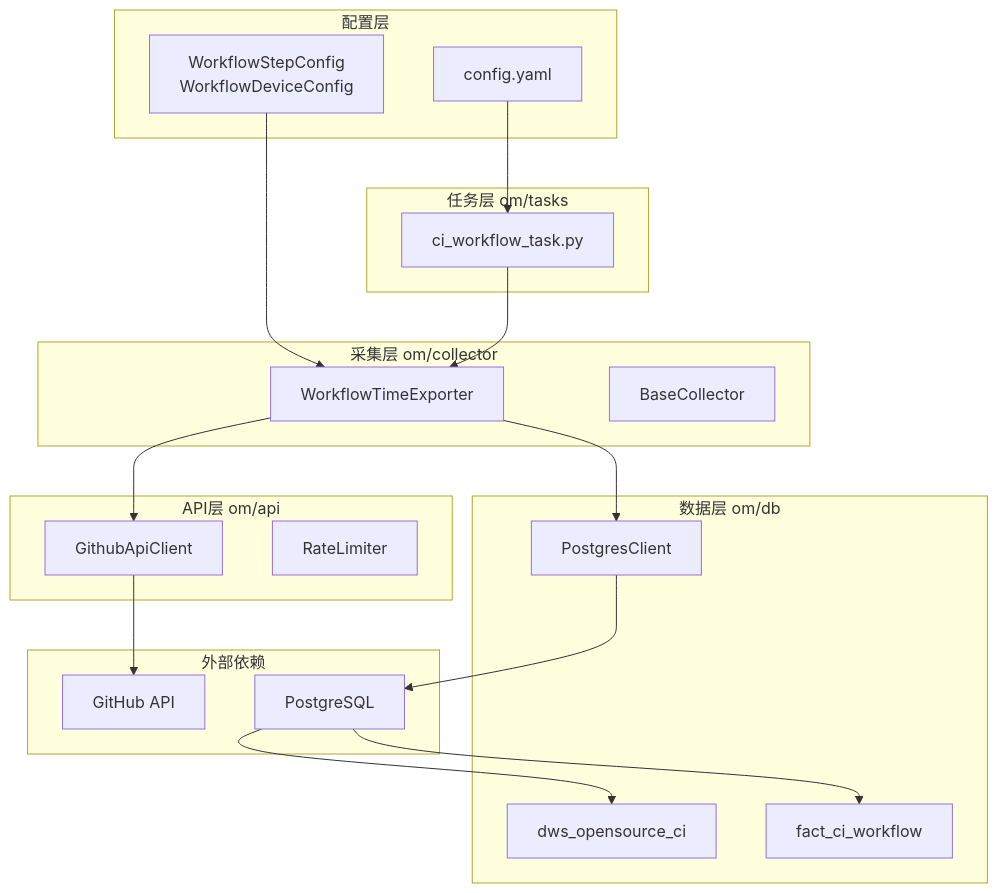
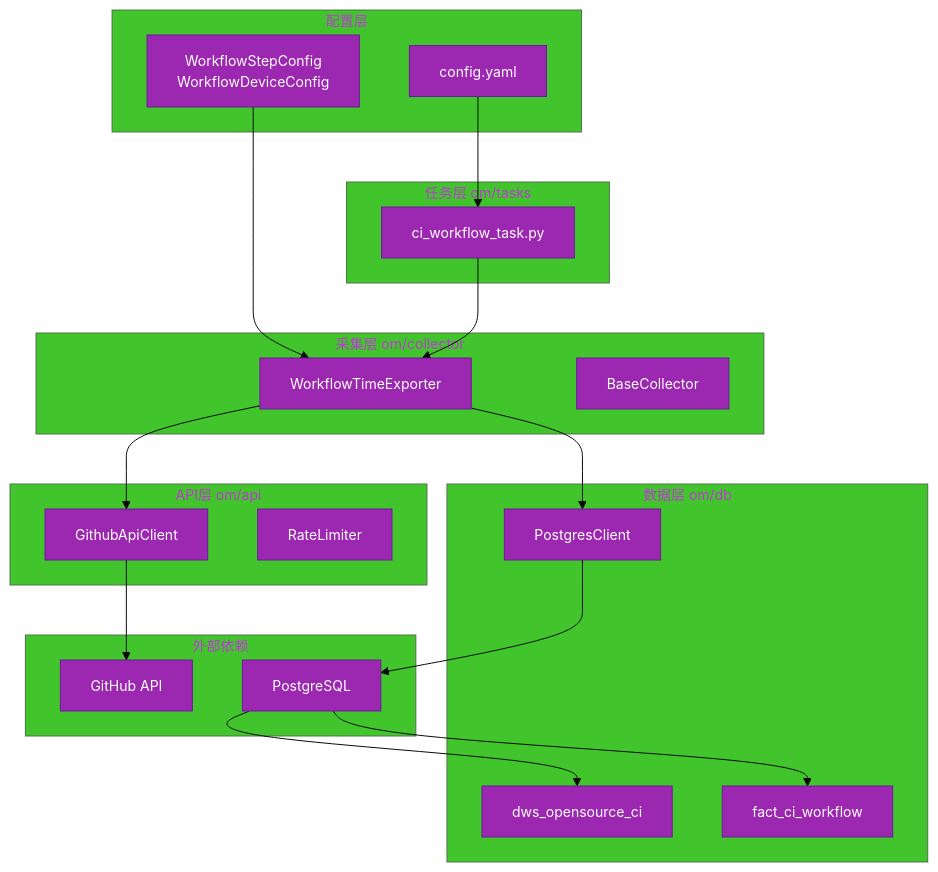
The first of 2 diagrams in opensourceways/backlog/issue_docs/148/Architecture Desgin/#148 Architecture Design Specification.md (GeorgeCao-hw/backlog-test), drawn with Mermaid before and after one commit. The commit also changed other lines of this file and 1 other file, not shown here.

````diff
--- a/opensourceways/backlog/issue_docs/148/Architecture Desgin/#148 Architecture Design Specification.md
+++ b/opensourceways/backlog/issue_docs/148/Architecture Desgin/#148 Architecture Design Specification.md
@@ -20,42 +20,51 @@
 ```mermaid
+%%{init: {
+  'theme': 'base',
+  'themeVariables': {
+    'primaryColor': '#9c27b0',
+    'primaryBorderColor': '#6a1b9a',
+    'primaryTextColor': '#ffffff',
+    'fontSize': '14px'
+  }
+}}%%
 graph TB
     subgraph "配置层"
         Config["config.yaml"]
         Models["WorkflowStepConfig<br/>WorkflowDeviceConfig"]
     end
 
     subgraph "任务层 om/tasks"
         Task["ci_workflow_task.py"]
     end
 
     subgraph "采集层 om/collector"
         Collector["WorkflowTimeExporter"]
         BaseCollector["BaseCollector"]
     end
 
     subgraph "API层 om/api"
         GithubAPI["GithubApiClient"]
         RateLimiter["RateLimiter"]
     end
 
     subgraph "数据层 om/db"
         PostgresClient["PostgresClient"]
         DwsTable["dws_opensource_ci"]
         FactTable["fact_ci_workflow"]
     end
 
     subgraph "外部依赖"
         GitHub["GitHub API"]
         PG["PostgreSQL"]
     end
 
     Config --> Task
     Models --> Collector
     Task --> Collector
     Collector --> GithubAPI
     GithubAPI --> GitHub
     Collector --> PostgresClient
     PostgresClient --> PG
     PG --> FactTable
     PG --> DwsTable
 ```
````
